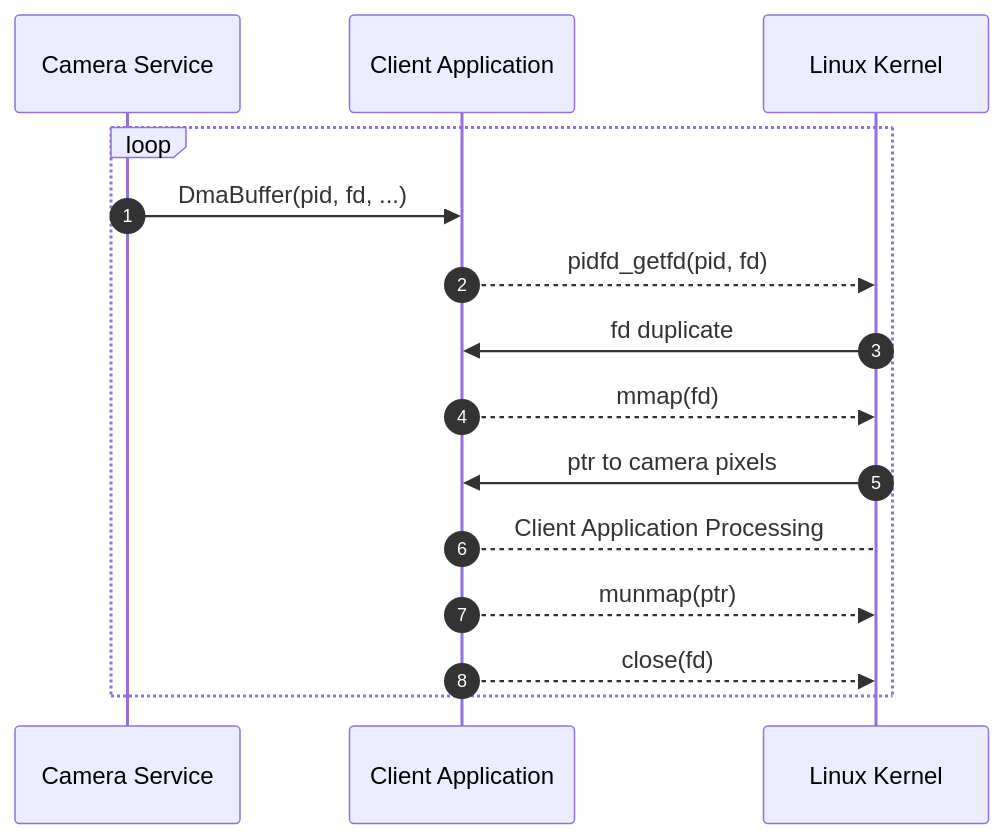
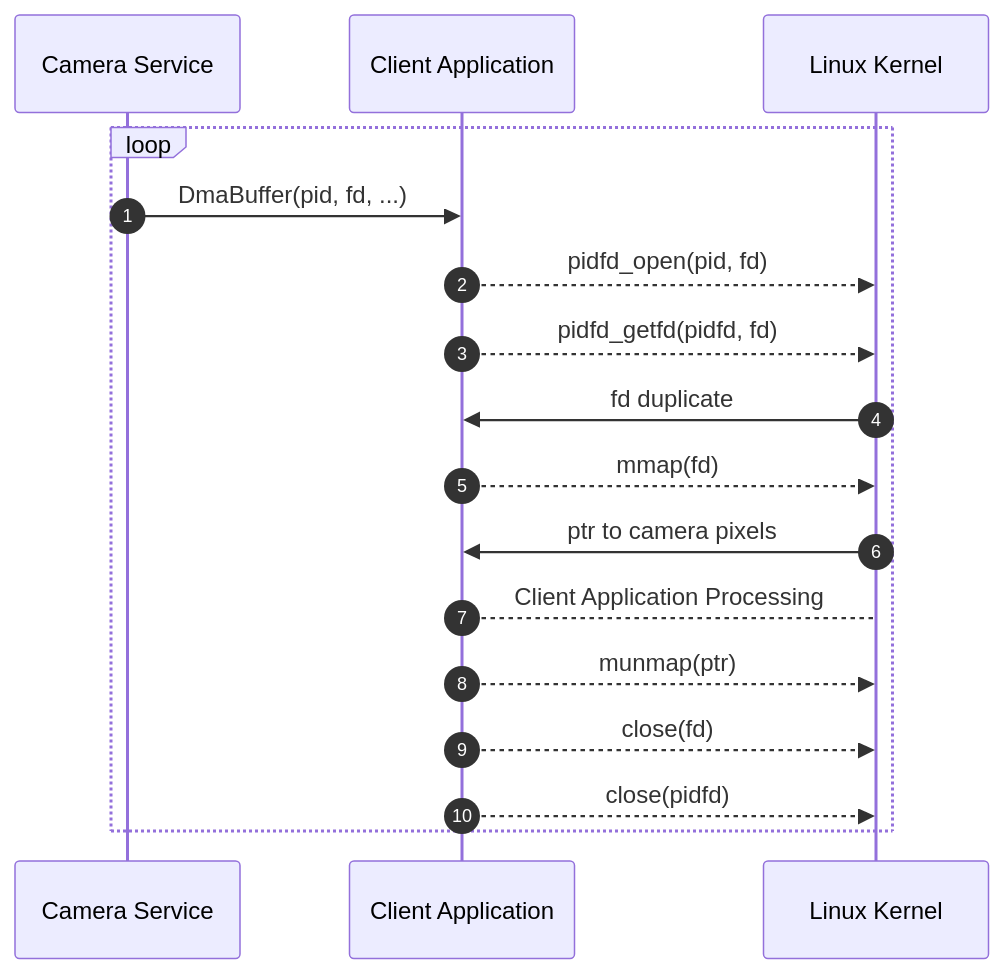
One commit to EdgeFirstAI/documentation changed the diagram in docs/perception/topics/camera.md. Above: the diagram before and after it, drawn with Mermaid. The commit also changed other lines of this file and 7 other files, not shown here.

````diff
--- a/docs/perception/topics/camera.md
+++ b/docs/perception/topics/camera.md
@@ -28,14 +28,16 @@
 ``` mermaid
 sequenceDiagram
     loop
     autonumber
     Camera Service->>Client Application: DmaBuffer(pid, fd, ...)
-    Client Application-->>Linux Kernel: pidfd_getfd(pid, fd)
+    Client Application-->>Linux Kernel: pidfd_open(pid, fd)
+    Client Application-->>Linux Kernel: pidfd_getfd(pidfd, fd)
     Linux Kernel->>Client Application: fd duplicate
     Client Application-->>Linux Kernel: mmap(fd)
     Linux Kernel->>Client Application: ptr to camera pixels
     Client Application-->Linux Kernel: Client Application Processing
     Client Application-->>Linux Kernel: munmap(ptr)
     Client Application-->>Linux Kernel: close(fd)
+    Client Application-->>Linux Kernel: close(pidfd)
     end
 ```
````
